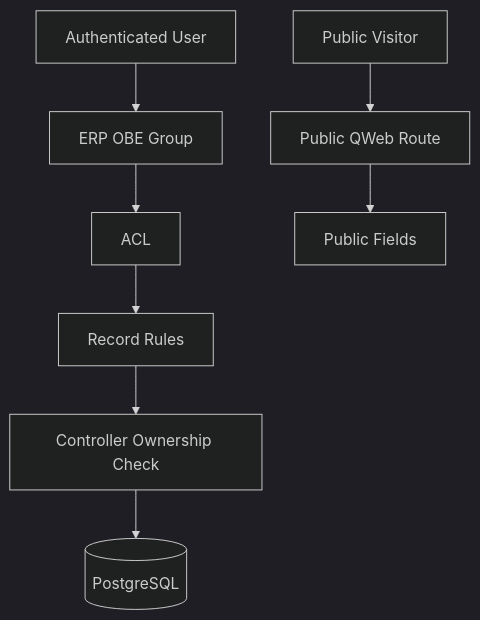
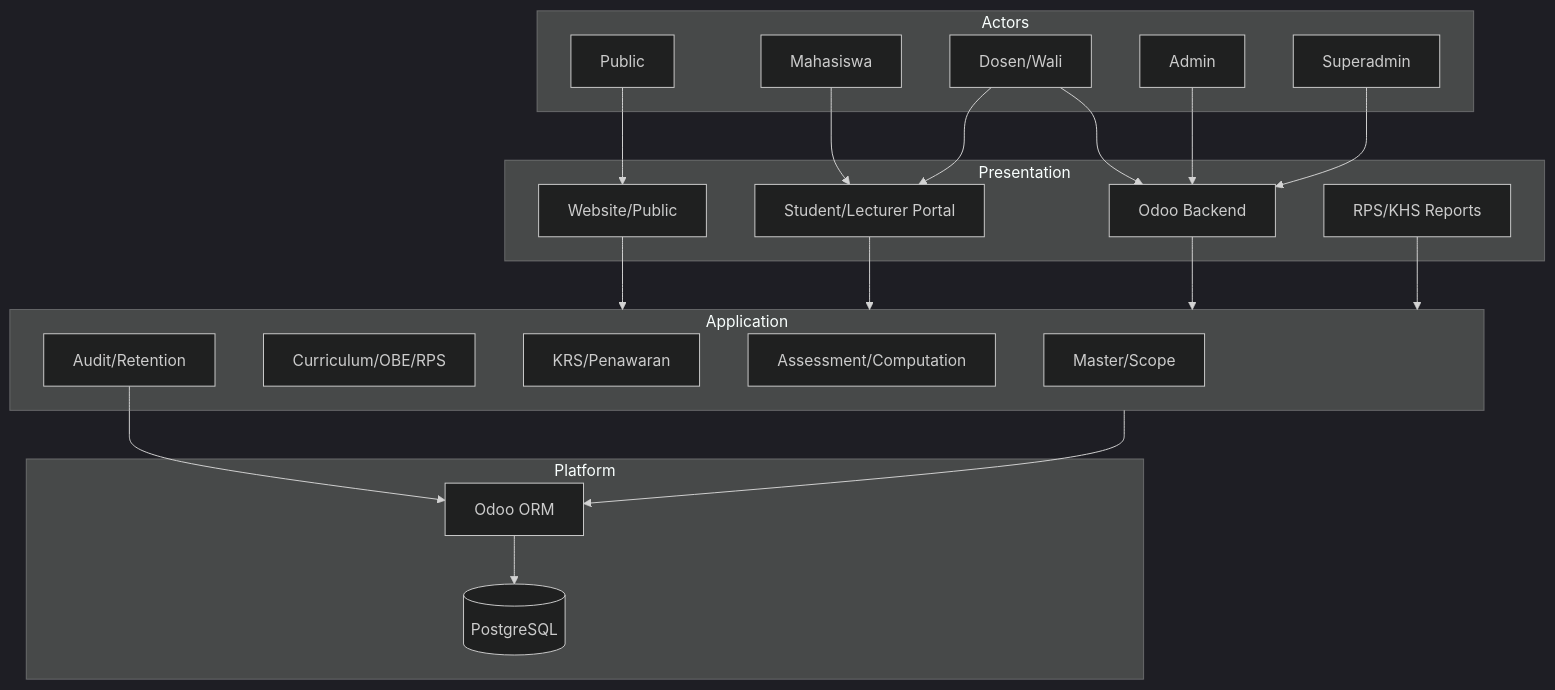
The ninth of 10 diagrams in docs/skripsi/enterprise-architecture.md (SesaSatriva/erpobe_odoo19), drawn with Mermaid (dark theme) before and after one commit. The commit also changed other lines of this file, not shown here.

Commit message:
Doc : Fixed Enterprise Architecture

````diff
--- a/docs/skripsi/enterprise-architecture.md
+++ b/docs/skripsi/enterprise-architecture.md
@@ -751,10 +433,40 @@
 ```mermaid
 flowchart TB
-  User[Authenticated User] --> G[ERP OBE Group]
-  G --> ACL[ACL]
-  ACL --> RR[Record Rules]
-  RR --> UF[Controller Ownership Check]
-  UF --> DB[(PostgreSQL)]
-  Public[Public Visitor] --> PublicRoute[Public QWeb Route]
-  PublicRoute --> SafeData[Public Fields]
+    subgraph Actors
+      Public[Public]
+      Student[Mahasiswa]
+      Lecturer[Dosen/Wali]
+      Admin[Admin]
+      Super[Superadmin]
+    end
+    subgraph Presentation
+      Web[Website/Public]
+      Portal[Student/Lecturer Portal]
+      Backend[Odoo Backend]
+      QWeb[RPS/KHS Reports]
+    end
+    subgraph Application
+      Master[Master/Scope]
+      OBE[Curriculum/OBE/RPS]
+      Enrollment[KRS/Penawaran]
+      Grade[Assessment/Computation]
+      Audit[Audit/Retention]
+    end
+    subgraph Platform
+      ORM[Odoo ORM]
+      PG[(PostgreSQL)]
+    end
+    Public --> Web
+    Student --> Portal
+    Lecturer --> Portal
+    Lecturer --> Backend
+    Admin --> Backend
+    Super --> Backend
+    Web --> Application
+    Portal --> Application
+    Backend --> Application
+    QWeb --> Application
+    Application --> ORM
+    Audit --> ORM
+    ORM --> PG
 ```
````
